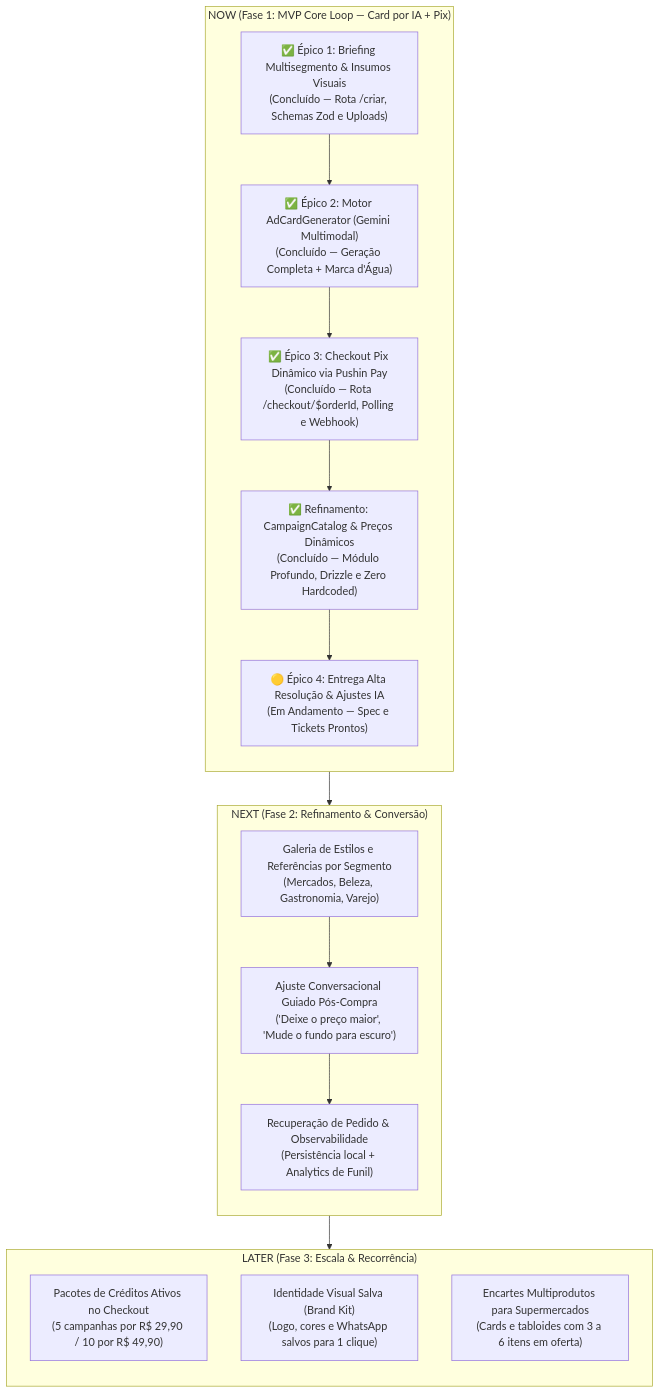
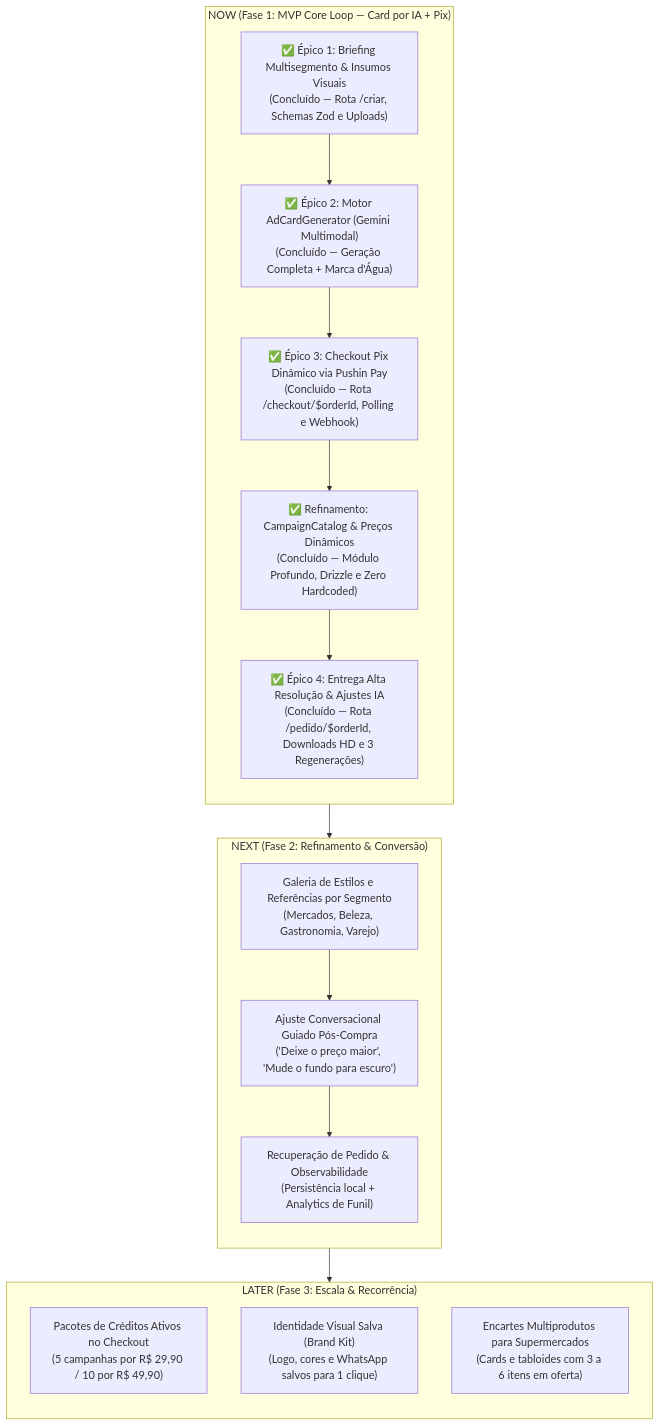
The diagram in docs/roadmap.md (luis-henrique-carvalho/OfertaPronta), drawn with Mermaid before and after one commit. The commit also changed other lines of this file, not shown here.

Commit message:
docs(roadmap): marcar Épico 4 como Concluído

````diff
--- a/docs/roadmap.md
+++ b/docs/roadmap.md
@@ -78,29 +78,29 @@
 ```mermaid
 flowchart TD
     subgraph NOW["NOW (Fase 1: MVP Core Loop — Card por IA + Pix)"]
         direction TB
         E1["✅ Épico 1: Briefing Multisegmento & Insumos Visuais<br/>(Concluído — Rota /criar, Schemas Zod e Uploads)"]
         E2["✅ Épico 2: Motor AdCardGenerator (Gemini Multimodal)<br/>(Concluído — Geração Completa + Marca d'Água)"]
         E3["✅ Épico 3: Checkout Pix Dinâmico via Pushin Pay<br/>(Concluído — Rota /checkout/$orderId, Polling e Webhook)"]
         E3B["✅ Refinamento: CampaignCatalog & Preços Dinâmicos<br/>(Concluído — Módulo Profundo, Drizzle e Zero Hardcoded)"]
-        E4["🟡 Épico 4: Entrega Alta Resolução & Ajustes IA<br/>(Em Andamento — Spec e Tickets Prontos)"]
+        E4["✅ Épico 4: Entrega Alta Resolução & Ajustes IA<br/>(Concluído — Rota /pedido/$orderId, Downloads HD e 3 Regenerações)"]
         E1 --> E2 --> E3 --> E3B --> E4
     end
 
     subgraph NEXT["NEXT (Fase 2: Refinamento & Conversão)"]
         direction TB
         E5["Galeria de Estilos e Referências por Segmento<br/>(Mercados, Beleza, Gastronomia, Varejo)"]
         E6["Ajuste Conversacional Guiado Pós-Compra<br/>('Deixe o preço maior', 'Mude o fundo para escuro')"]
         E7["Recuperação de Pedido & Observabilidade<br/>(Persistência local + Analytics de Funil)"]
         E5 --> E6 --> E7
     end
 
     subgraph LATER["LATER (Fase 3: Escala & Recorrência)"]
         direction TB
         E8["Pacotes de Créditos Ativos no Checkout<br/>(5 campanhas por R$ 29,90 / 10 por R$ 49,90)"]
         E9["Identidade Visual Salva (Brand Kit)<br/>(Logo, cores e WhatsApp salvos para 1 clique)"]
         E10["Encartes Multiprodutos para Supermercados<br/>(Cards e tabloides com 3 a 6 itens em oferta)"]
     end
 
     NOW --> NEXT --> LATER
 ```
````
